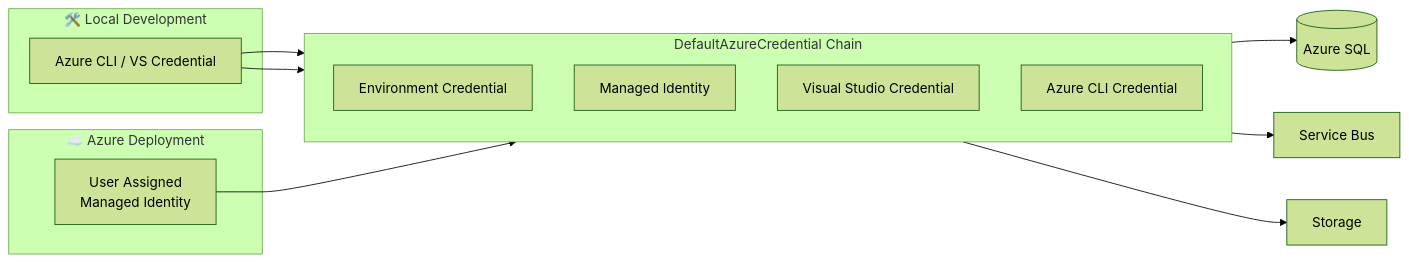
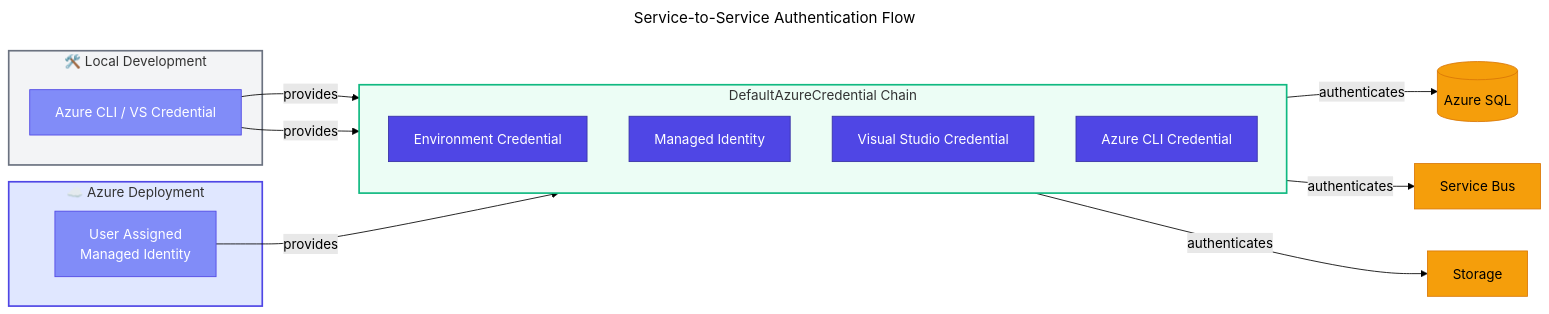
The third of 4 diagrams in docs/architecture/06-security-architecture.md (Evilazaro/Azure-LogicApps-Monitoring), drawn with Mermaid (forest theme) before and after one commit. The commit also changed other lines of this file, not shown here.

Commit message:
refactor: Enhance security architecture documentation with improved identity assignments, service-to-service authentication flow, and network topology diagrams

````diff
--- a/docs/architecture/06-security-architecture.md
+++ b/docs/architecture/06-security-architecture.md
@@ -172,27 +186,50 @@
 ```mermaid
+---
+title: Service-to-Service Authentication Flow
+---
 flowchart LR
+    %% ===== LOCAL DEVELOPMENT =====
     subgraph LocalDev["🛠️ Local Development"]
         DevCred["Azure CLI / VS Credential"]
     end
 
+    %% ===== AZURE DEPLOYMENT =====
     subgraph AzureDeploy["☁️ Azure Deployment"]
         ManagedId["User Assigned<br/>Managed Identity"]
     end
 
+    %% ===== CREDENTIAL CHAIN =====
     subgraph DefaultAzureCredential["DefaultAzureCredential Chain"]
         direction TB
         Env["Environment Credential"]
         MI["Managed Identity"]
         VS["Visual Studio Credential"]
         CLI["Azure CLI Credential"]
     end
 
-    DevCred --> VS & CLI
-    ManagedId --> MI
-
-    DefaultAzureCredential --> SQL & SB & Storage
-
+    %% ===== AZURE RESOURCES =====
     SQL[("Azure SQL")]
     SB["Service Bus"]
     Storage["Storage"]
+
+    %% ===== CONNECTIONS =====
+    DevCred -->|"provides"| VS & CLI
+    ManagedId -->|"provides"| MI
+    DefaultAzureCredential -->|"authenticates"| SQL & SB & Storage
+
+    %% ===== CLASS DEFINITIONS (EXACT HEX COLORS) =====
+    classDef primary fill:#4F46E5,stroke:#3730A3,color:#FFFFFF
+    classDef secondary fill:#10B981,stroke:#059669,color:#FFFFFF
+    classDef datastore fill:#F59E0B,stroke:#D97706,color:#000000
+    classDef trigger fill:#818CF8,stroke:#4F46E5,color:#FFFFFF
+    classDef external fill:#6B7280,stroke:#4B5563,color:#FFFFFF,stroke-dasharray:5 5
+
+    class DevCred,ManagedId trigger
+    class Env,MI,VS,CLI primary
+    class SQL,SB,Storage datastore
+
+    %% ===== SUBGRAPH STYLES =====
+    style LocalDev fill:#F3F4F6,stroke:#6B7280,stroke-width:2px
+    style AzureDeploy fill:#E0E7FF,stroke:#4F46E5,stroke-width:2px
+    style DefaultAzureCredential fill:#ECFDF5,stroke:#10B981,stroke-width:2px
 ```
````
